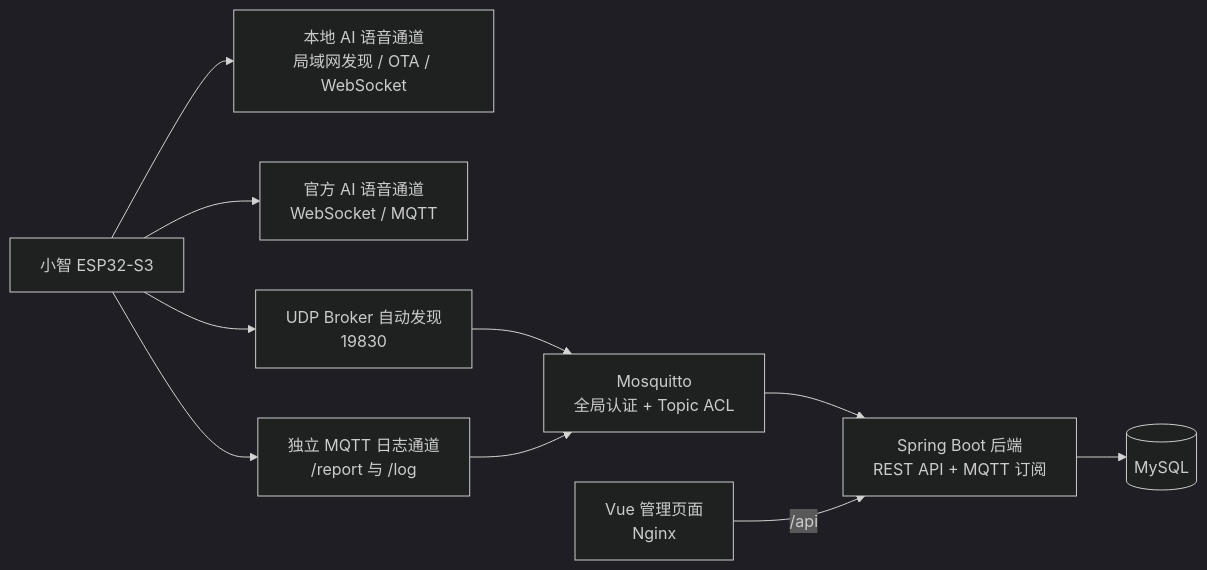
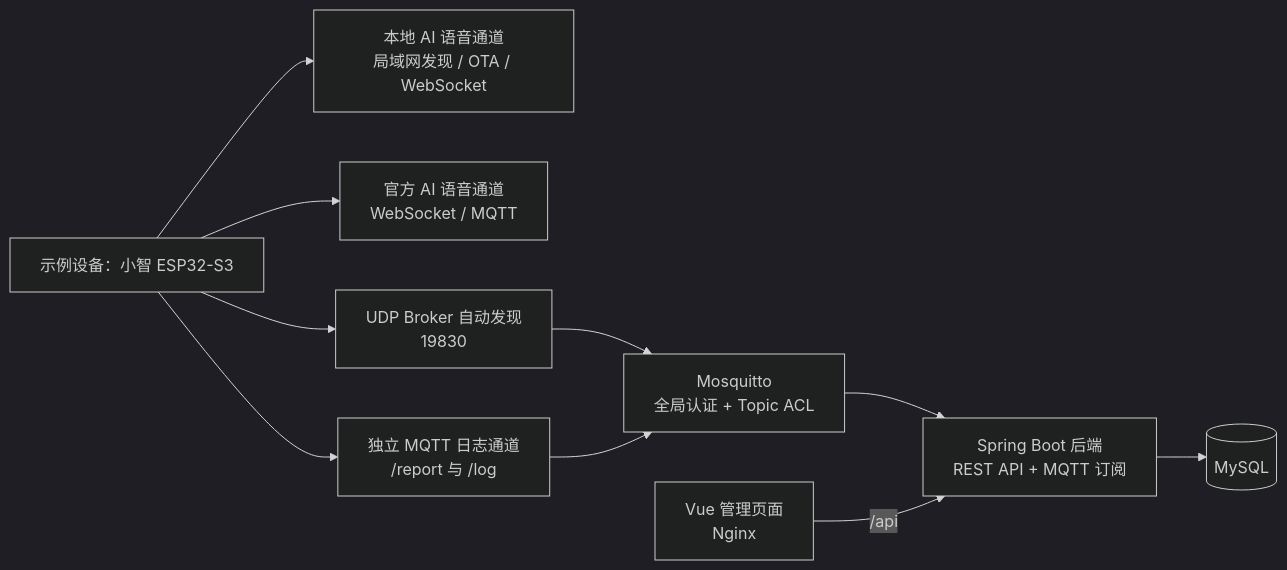
One commit to yyj7890/AIoT-Log-System changed the diagram in docs/architecture.mmd. Above: the diagram before and after it, drawn with Mermaid (dark theme). The commit also changed 5 other files, not shown here.

```diff
--- a/docs/architecture.mmd
+++ b/docs/architecture.mmd
@@ -1,17 +1,17 @@
 flowchart LR
-    ESP["小智 ESP32-S3"]
+    ESP["示例设备：小智 ESP32-S3"]
     LOCAL["本地 AI 语音通道\n局域网发现 / OTA / WebSocket"]
     CLOUD["官方 AI 语音通道\nWebSocket / MQTT"]
     DISCOVERY["UDP Broker 自动发现\n19830"]
     LOG["独立 MQTT 日志通道\n/report 与 /log"]
     MOSQ["Mosquitto\n全局认证 + Topic ACL"]
     BACKEND["Spring Boot 后端\nREST API + MQTT 订阅"]
     MYSQL[("MySQL")]
     VUE["Vue 管理页面\nNginx"]
 
     ESP --> LOCAL
     ESP --> CLOUD
     ESP --> DISCOVERY --> MOSQ
     ESP --> LOG --> MOSQ
     MOSQ --> BACKEND --> MYSQL
     VUE -->|"/api"| BACKEND
```
